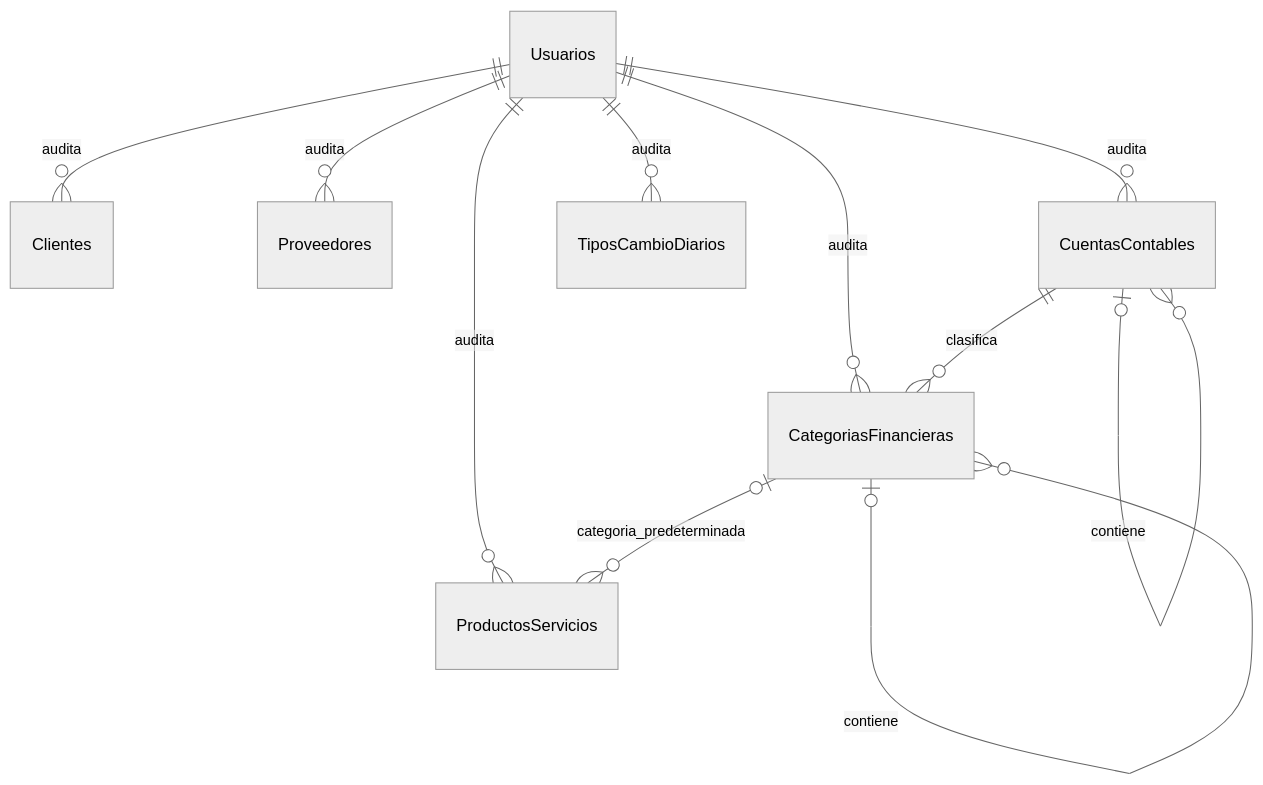
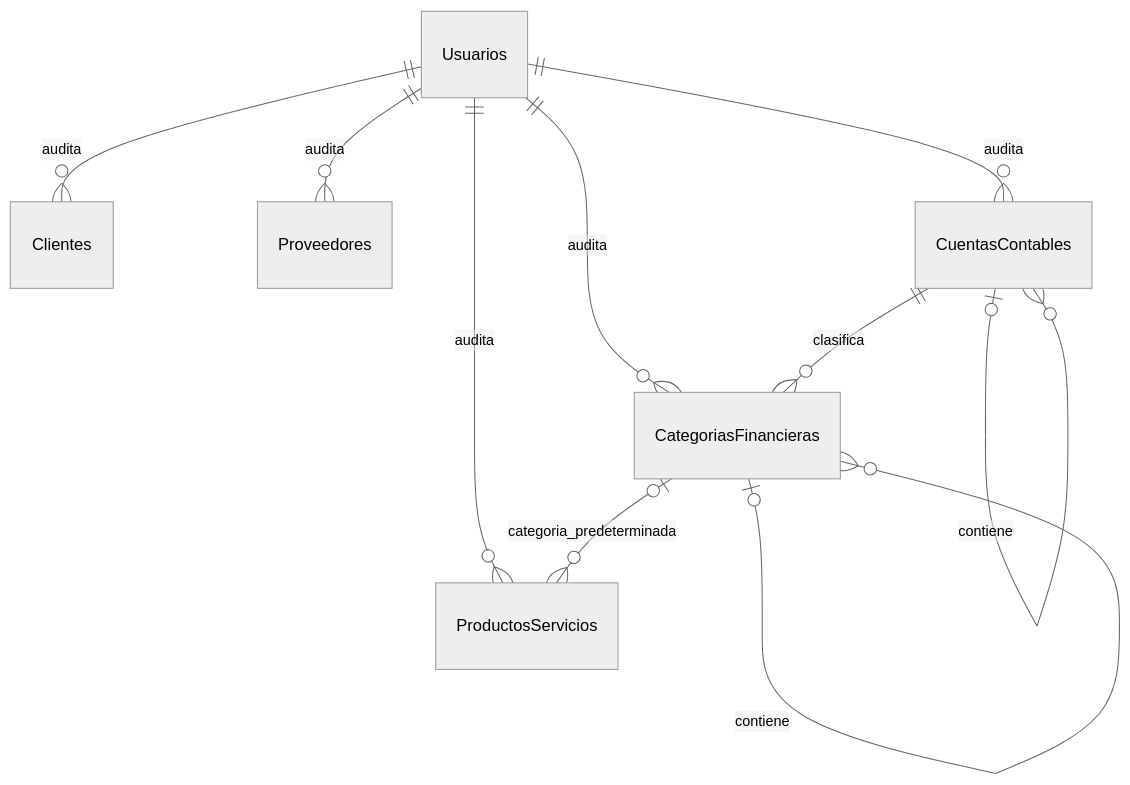
Before and after one commit to LuisFMC-CR/sistema-financiero-administrativo: the second of 2 diagrams in docs/05-modelo-datos.md, drawn with Mermaid (neutral theme). The commit also changed other lines of this file and 412 other files, not shown here.

````diff
--- a/docs/05-modelo-datos.md
+++ b/docs/05-modelo-datos.md
@@ -100,13 +99,12 @@
 ```mermaid
 erDiagram
     Usuarios ||--o{ Clientes : audita
     Usuarios ||--o{ Proveedores : audita
     Usuarios ||--o{ ProductosServicios : audita
     Usuarios ||--o{ CategoriasFinancieras : audita
     Usuarios ||--o{ CuentasContables : audita
-    Usuarios ||--o{ TiposCambioDiarios : audita
     CategoriasFinancieras o|--o{ CategoriasFinancieras : contiene
     CategoriasFinancieras o|--o{ ProductosServicios : categoria_predeterminada
     CuentasContables o|--o{ CuentasContables : contiene
     CuentasContables ||--o{ CategoriasFinancieras : clasifica
 ```
````
